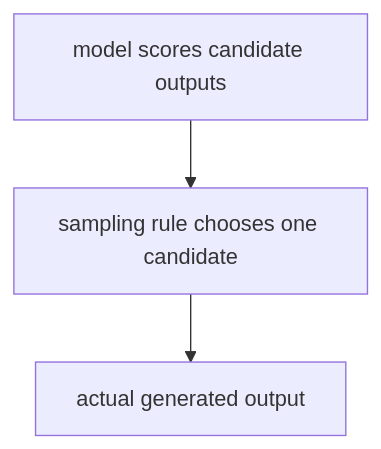
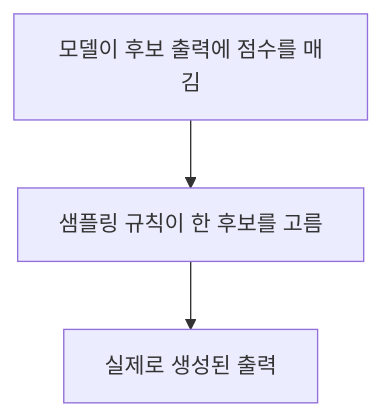
Before and after one commit to devchan64/AiBook: the diagram in docs/assets/part-05/chapter-15/sampling-selection-flow-ko.mmd, drawn with Mermaid. The commit also changed 79 other files, not shown here.

Commit message:
Refine part 5 support materials and part 6 tokenization flow

```diff
--- a/docs/assets/part-05/chapter-15/sampling-selection-flow-ko.mmd
+++ b/docs/assets/part-05/chapter-15/sampling-selection-flow-ko.mmd
@@ -1,7 +1,7 @@
 flowchart TD
-  A["model scores candidate outputs"]
-  B["sampling rule chooses one candidate"]
-  C["actual generated output"]
+  A["모델이 후보 출력에 점수를 매김"]
+  B["샘플링 규칙이 한 후보를 고름"]
+  C["실제로 생성된 출력"]
 
   A --> B
   B --> C
```
